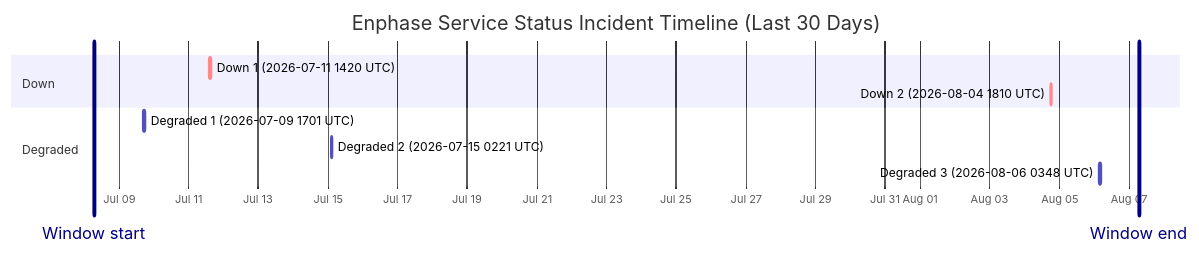
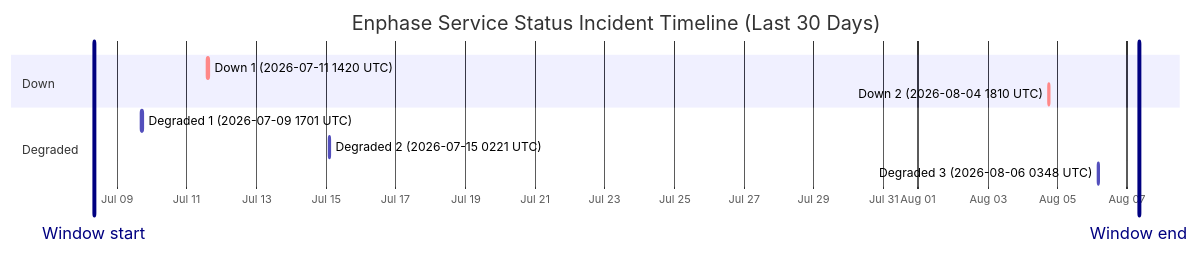
Before and after one commit to barneyonline/ha-enphase-energy: the diagram in wiki/Service-Status-History.md, drawn with Mermaid. The commit also changed other lines of this file and 3 other files, not shown here.

````diff
--- a/wiki/Service-Status-History.md
+++ b/wiki/Service-Status-History.md
@@ -14,15 +14,15 @@
 ```mermaid
 gantt
     title Enphase Service Status Incident Timeline (Last 30 Days)
     dateFormat  YYYY-MM-DDTHH:mm:ss
     axisFormat  %b %d
-    Window start :vert, window-start, 2026-07-08T06:44:50, 0ms
-    Window end :vert, window-end, 2026-08-07T06:44:50, 0ms
+    Window start :vert, window-start, 2026-07-08T08:11:55, 0ms
+    Window end :vert, window-end, 2026-08-07T08:11:55, 0ms
     section Down
     Down 1 (2026-07-11 1420 UTC) :crit, down-1, 2026-07-11T14:20:54, 69m
     Down 2 (2026-08-04 1810 UTC) :crit, down-2, 2026-08-04T18:10:46, 60m
     section Degraded
     Degraded 1 (2026-07-09 1701 UTC) :active, degraded-1, 2026-07-09T17:01:02, 60m
     Degraded 2 (2026-07-15 0221 UTC) :active, degraded-2, 2026-07-15T02:21:35, 60m
     Degraded 3 (2026-08-06 0348 UTC) :active, degraded-3, 2026-08-06T03:48:14, 60m
 ```
````
